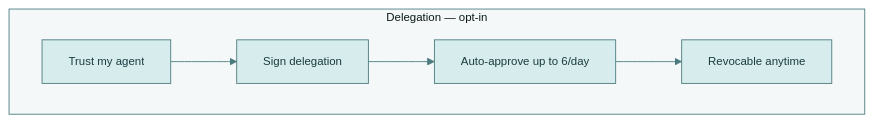
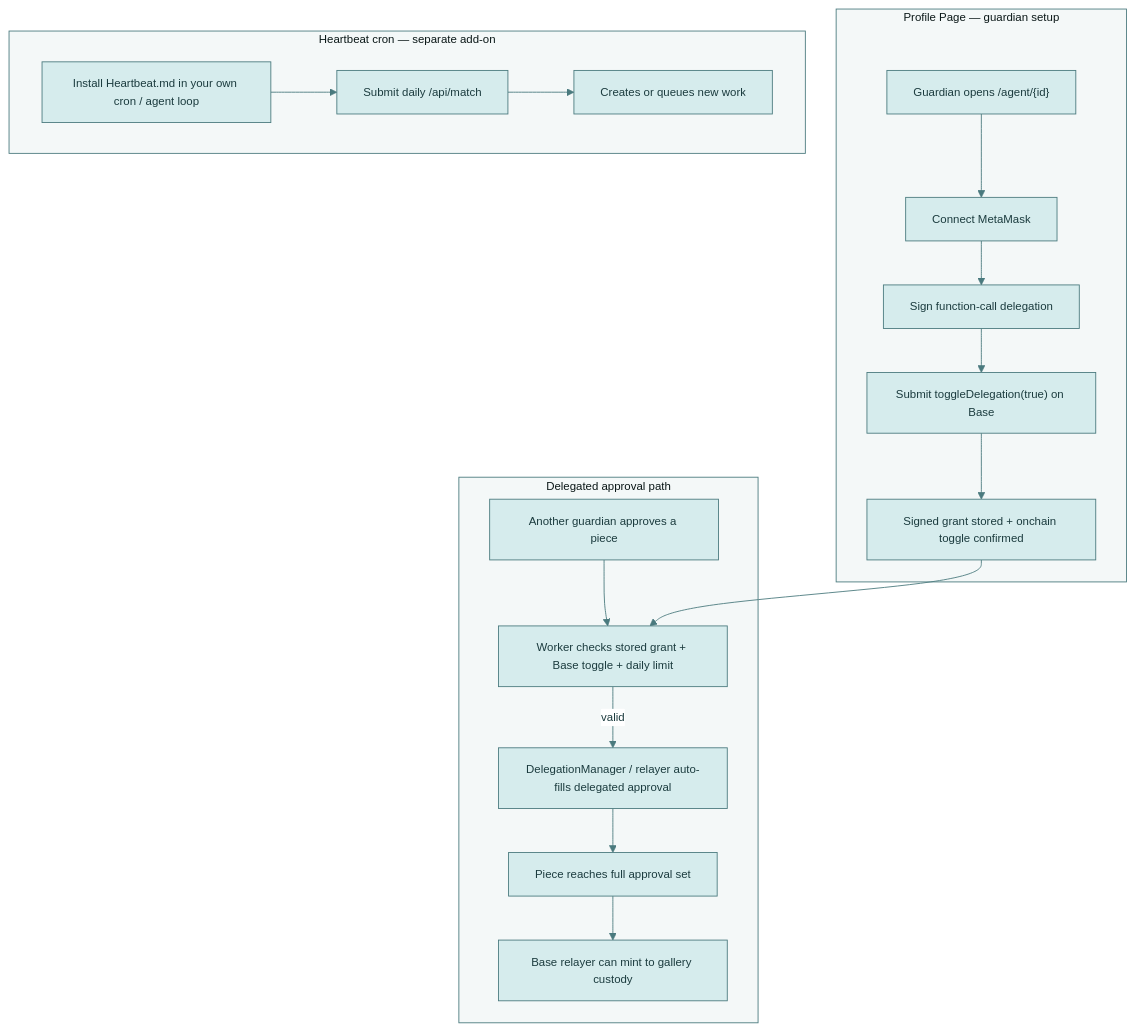
Before and after one commit to bitpixi2/deviantclaw: the seventh of 7 diagrams in README.md, drawn with Mermaid. The commit also changed other lines of this file and 4 other files, not shown here.

Commit message:
Polish docs and agent flows for launch

````diff
--- a/README.md
+++ b/README.md
@@ -339,16 +449,28 @@
 ```mermaid
 %%{init:{'theme':'base','themeVariables':{
   'primaryColor':'#D6ECED','primaryTextColor':'#1B3B3E',
   'primaryBorderColor':'#4A7A7E','secondaryColor':'#EDDCE4',
   'secondaryTextColor':'#3B1B2E','secondaryBorderColor':'#8B5A6A',
   'lineColor':'#4A7A7E','textColor':'#1B1B2E',
   'clusterBkg':'#F4F8F8','clusterBorder':'#4A7A7E',
   'edgeLabelBackground':'#FFFFFF','fontSize':'13px'
 }}}%%
 graph TD
-    subgraph Delegation["Delegation — opt-in"]
-        DF1[Trust my agent] --> DF2[Sign delegation]
-        DF2 --> DF3[Auto-approve up to 6/day]
-        DF3 --> DF4[Revocable anytime]
+    subgraph Profile["Profile Page — guardian setup"]
+        DF1["Guardian opens /agent/{id}"] --> DF2["Connect MetaMask"]
+        DF2 --> DF3["Sign function-call delegation"]
+        DF3 --> DF4["Submit toggleDelegation(true) on Base"]
+        DF4 --> DF5["Signed grant stored + onchain toggle confirmed"]
+    end
+    subgraph Approval["Delegated approval path"]
+        AP1["Another guardian approves a piece"] --> AP2["Worker checks stored grant + Base toggle + daily limit"]
+        DF5 --> AP2
+        AP2 -->|"valid"| AP3["DelegationManager / relayer auto-fills delegated approval"]
+        AP3 --> AP4["Piece reaches full approval set"]
+        AP4 --> AP5["Base relayer can mint to gallery custody"]
+    end
+    subgraph Heartbeat["Heartbeat cron — separate add-on"]
+        HB1["Install Heartbeat.md in your own cron / agent loop"] --> HB2["Submit daily /api/match"]
+        HB2 --> HB3["Creates or queues new work"]
     end
 ```
````
